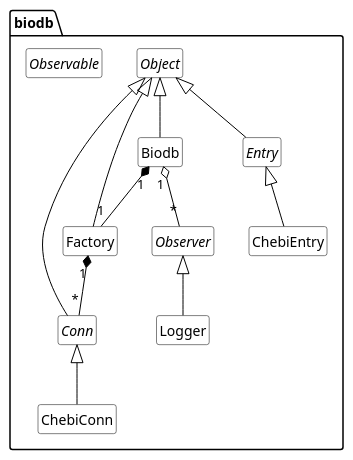
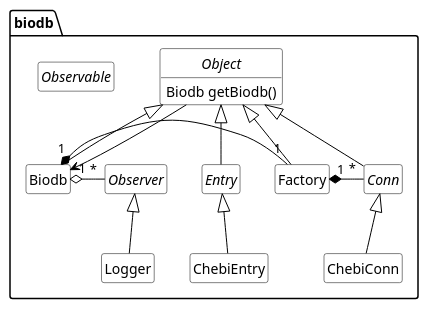
One commit to ceabiodb/biodb changed the diagram in doc/class-diagram.pu. Above: the diagram before and after it, drawn with PlantUML.

Commit message:
Add method.

```diff
--- a/doc/class-diagram.pu
+++ b/doc/class-diagram.pu
@@ -1,39 +1,43 @@
 @startuml
 
 skinparam classBackgroundColor white
 skinparam classArrowColor black
 skinparam classBorderColor black
 skinparam shadowing false
-hide empty members
+hide empty fields
+hide empty methods
 hide circle
 
 namespace biodb {
 
 	' Classes
-	abstract class Object
+	abstract class Object {
+		Biodb getBiodb()
+	}
 	class Biodb
 	abstract class Conn
 	abstract class Entry
 	class Factory
 	class ChebiConn
 	class ChebiEntry
 	abstract class Observer
 	class Logger
 	abstract class Observable
 
 	' Hierarchy
-	Object <|-- Biodb
+	Object <|-down- Biodb
 	Object <|-- Conn
 	Object <|-- Entry
 	Object <|-- Factory
 	Conn <|-- ChebiConn
 	Entry <|-- ChebiEntry
 	Observer <|-- Logger
 
 	' Relations
-	Factory "1" *-- "*" Conn
-	Biodb "1" *-- "1" Factory
-	Biodb "1" o-- "*" Observer
+	Factory "1" *- "*" Conn
+	Biodb "1" *- "1" Factory
+	Biodb "1" o- "*" Observer
+	Object --> Biodb
 }
 
 @enduml
```
